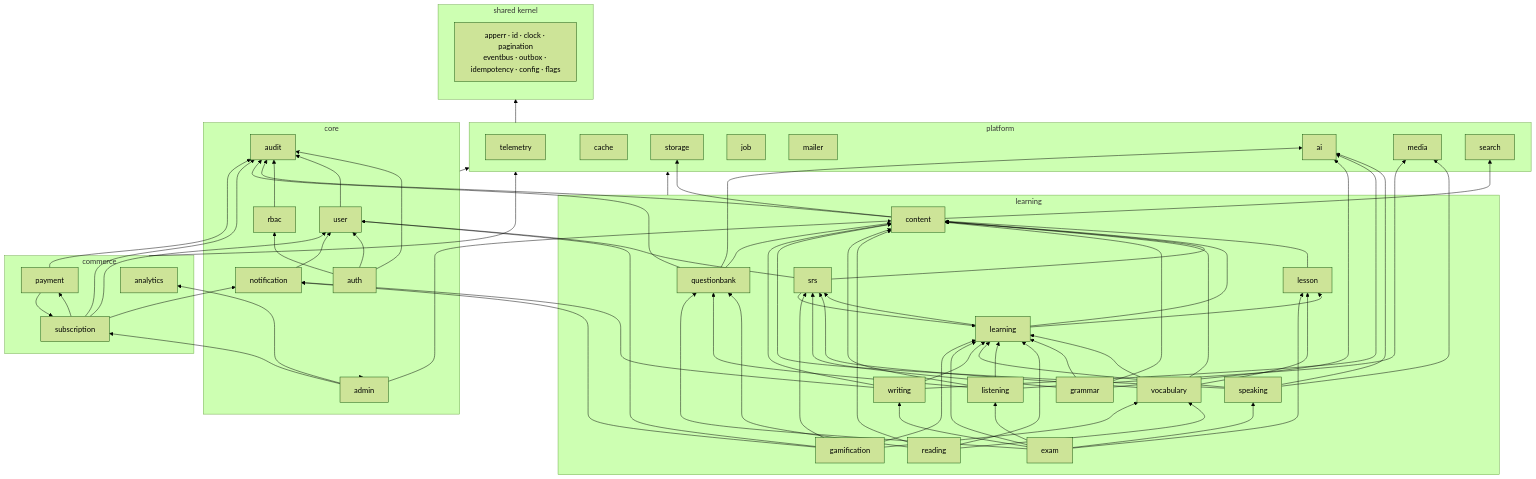
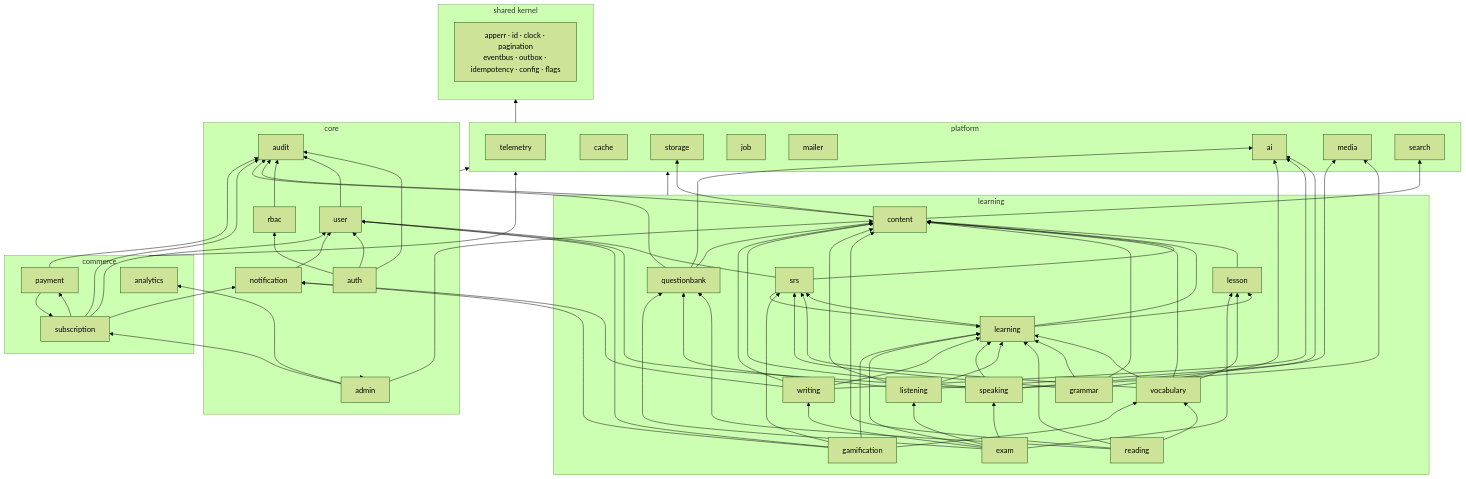
One commit to vnghi61/fluentra changed the diagram in MODULE_INDEX.md. Above: the diagram before and after it, drawn with Mermaid (forest theme). The commit also changed 78 other files, not shown here.

````diff
--- a/MODULE_INDEX.md
+++ b/MODULE_INDEX.md
@@ -111,62 +111,63 @@
 ```mermaid
 graph BT
     subgraph shared["shared kernel"]
         SH[apperr · id · clock · pagination<br/>eventbus · outbox · idempotency · config · flags]
     end
 
     subgraph platform
         TEL[telemetry]; CCH[cache]; STO[storage]; JOB[job]
         MAIL[mailer]; AI[ai]; MED[media]; SCH[search]
     end
 
     subgraph core
         AUTH[auth]; USR[user]; RBAC[rbac]; AUD[audit]; ADM[admin]; NOT[notification]
     end
 
     subgraph learning
         CNT[content]; LSN[lesson]; LRN[learning]; SRS[srs]
         VOC[vocabulary]; GRM[grammar]; RDG[reading]
         LIS[listening]; SPK[speaking]; WRT[writing]
         QB[questionbank]; EXM[exam]; GAM[gamification]
     end
 
     subgraph commerce
         ANA[analytics]; SUB[subscription]; PAY[payment]
     end
 
     platform --> shared
     core --> platform
     learning --> platform
     commerce --> platform
     AUTH --> USR & RBAC & AUD
     ADM --> core
     ADM --> CNT & ANA & SUB
     USR & RBAC & CNT & QB & SUB & PAY --> AUD
     NOT --> USR
     CNT --> STO & SCH
     LSN --> CNT
     LRN --> CNT
     LRN --> LSN & SRS
     SRS --> CNT
     SRS --> USR
+    SPK --> USR
     SRS --> LRN
     VOC & GRM --> SRS
     VOC --> LSN
     VOC & GRM & RDG & LIS & SPK & WRT --> CNT
     VOC & GRM & RDG & LIS & SPK & WRT & EXM --> LRN
     RDG & LIS --> QB
     RDG --> VOC
     SPK & LIS --> MED
     SPK & WRT & GRM & QB --> AI
     QB --> CNT
     WRT & GAM & SUB --> NOT
     EXM --> QB
     EXM --> WRT & SPK & LSN & LIS
     GAM --> LRN
     GAM --> SRS
     GAM --> USR
     GAM --> VOC
     SUB --> PAY
     SUB --> USR
     PAY --> SUB
 ```
````
